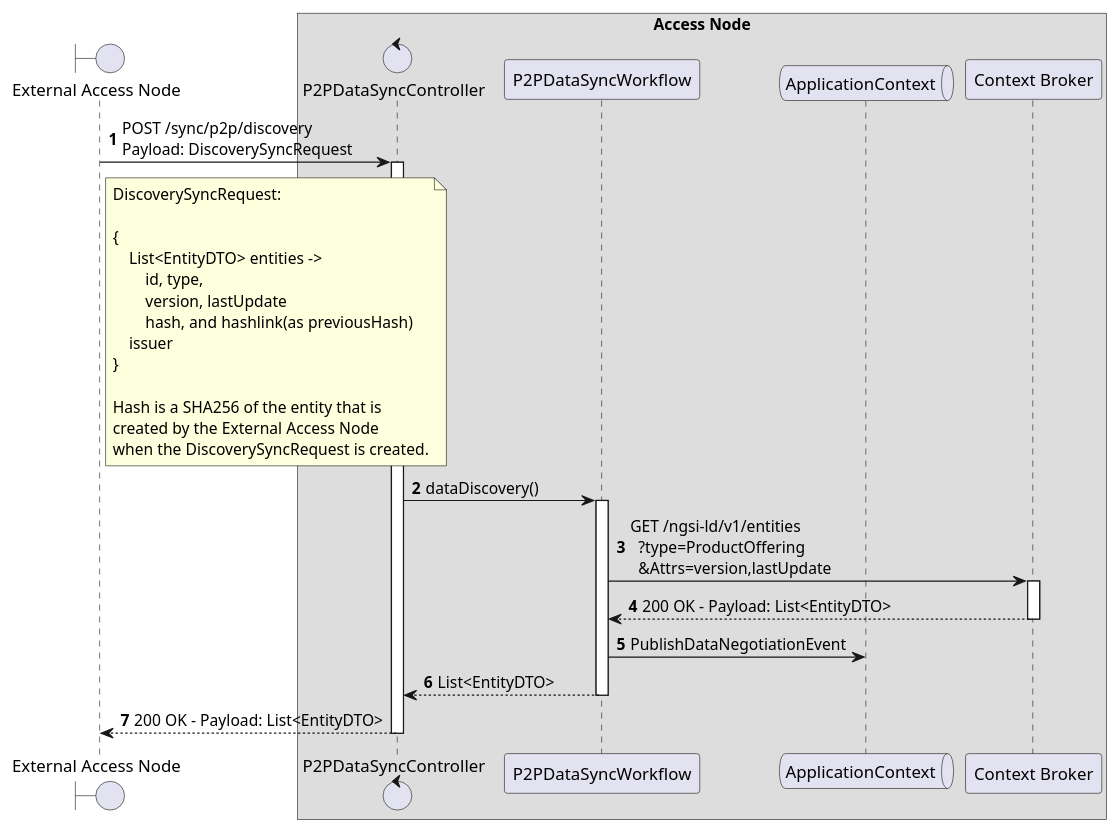
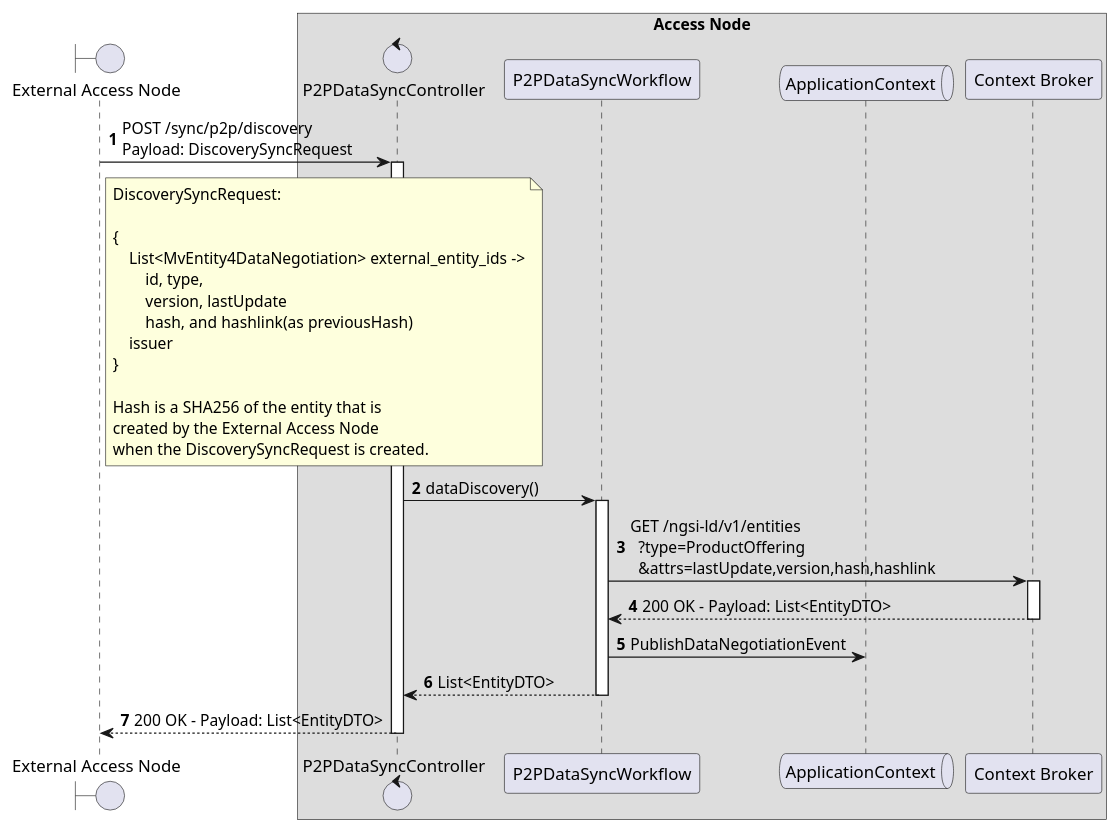
One commit to in2workspace/in2-desmos-api changed the diagram in docs/diagrams/discovery-sync/p2p-discovery-sync-local.puml. Above: the diagram before and after it, drawn with PlantUML.

Commit message:
docs(diagrams): fix diagram names and path

```diff
--- a/docs/diagrams/discovery-sync/p2p-discovery-sync-local.puml
+++ b/docs/diagrams/discovery-sync/p2p-discovery-sync-local.puml
@@ -1,48 +1,48 @@
 @startuml
 'https://plantuml.com/sequence-diagram
 
 '---------- Config ----------------
 
 autonumber
 
 '---------- Header ----------------
 
 boundary "External Access Node" as ean
 
 box "Access Node"
 
   control "P2PDataSyncController" as p2pController
   participant "P2PDataSyncWorkflow" as p2pWorkflow
   queue "ApplicationContext" as ac
   participant "Context Broker" as cb
 
 end box
 
 '---------- Diagram ----------------
 
 ean -> p2pController++: POST /sync/p2p/discovery \nPayload: DiscoverySyncRequest
 
 note right of ean
     DiscoverySyncRequest:
 
     {
-        List<EntityDTO> entities ->
+        List<MvEntity4DataNegotiation> external_entity_ids ->
             id, type,
             version, lastUpdate
             hash, and hashlink(as previousHash)
         issuer
     }
 
     Hash is a SHA256 of the entity that is
     created by the External Access Node
     when the DiscoverySyncRequest is created.
 end note
 
     p2pController -> p2pWorkflow++: dataDiscovery()
-        p2pWorkflow -> cb++: GET /ngsi-ld/v1/entities\n  ?type=ProductOffering\n  &Attrs=version,lastUpdate
+        p2pWorkflow -> cb++: GET /ngsi-ld/v1/entities\n  ?type=ProductOffering\n  &attrs=lastUpdate,version,hash,hashlink
         return 200 OK - Payload: List<EntityDTO>
         p2pWorkflow -> ac: PublishDataNegotiationEvent
     return List<EntityDTO>
 return 200 OK - Payload: List<EntityDTO>
 
 @enduml
```
